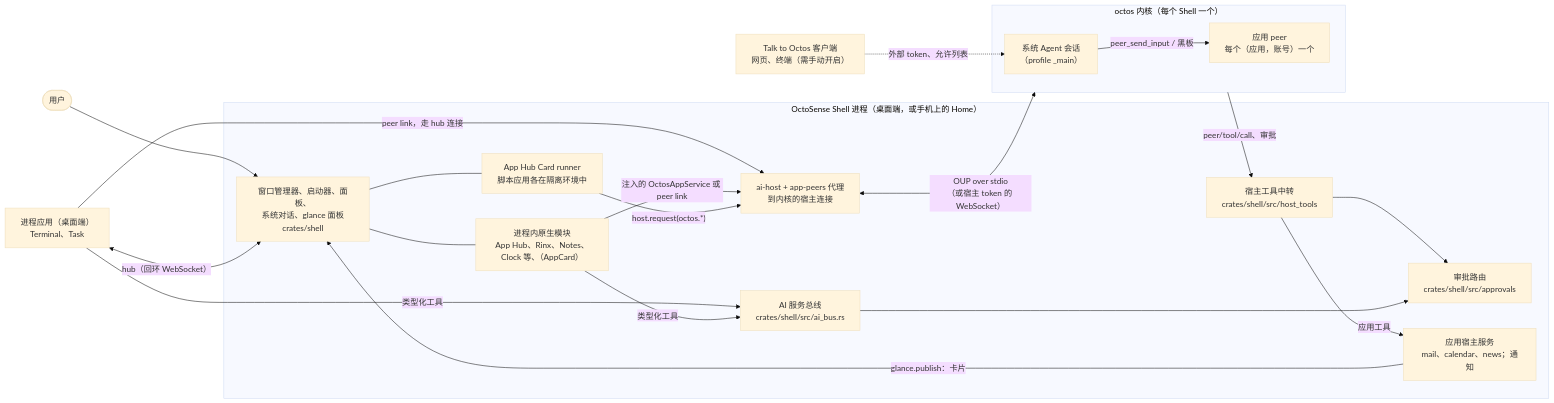
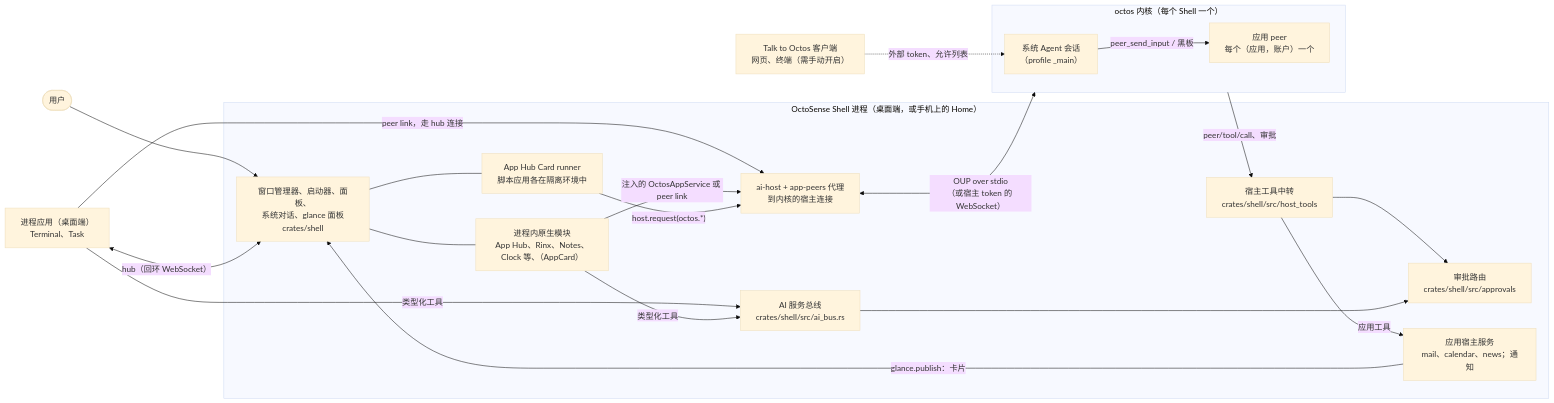
Before and after one commit to OctoSense-org/OctoSense: the first of 5 diagrams in docs/architecture.zh-CN.md, drawn with Mermaid (base theme). The commit also changed other lines of this file and 7 other files, not shown here.

````diff
--- a/docs/architecture.zh-CN.md
+++ b/docs/architecture.zh-CN.md
@@ -40,37 +40,37 @@
 ```mermaid
 flowchart LR
   person(["用户"])
   subgraph shellp["OctoSense Shell 进程（桌面端，或手机上的 Home）"]
     wm["窗口管理器、启动器、面板、<br/>系统对话、glance 面板<br/>crates/shell"]
     mods["进程内原生模块<br/>App Hub、Rinx、Notes、Clock 等、（AppCard）"]
     runner["App Hub Card runner<br/>脚本应用各在隔离环境中"]
     router["审批路由<br/>crates/shell/src/approvals"]
     aihost["ai-host + app-peers 代理<br/>到内核的宿主连接"]
     relay["宿主工具中转<br/>crates/shell/src/host_tools"]
     svc["应用宿主服务<br/>mail、calendar、news；通知"]
     bus["AI 服务总线<br/>crates/shell/src/ai_bus.rs"]
   end
   term["进程应用（桌面端）<br/>Terminal、Task"]
   subgraph kern["octos 内核（每个 Shell 一个）"]
     sys["系统 Agent 会话<br/>（profile _main）"]
-    peers["应用 peer<br/>每个（应用，账号）一个"]
+    peers["应用 peer<br/>每个（应用，账户）一个"]
   end
   ext["Talk to Octos 客户端<br/>网页、终端（需手动开启）"]
   person --> wm
   wm --- mods
   wm --- runner
   term <-->|"hub（回环 WebSocket）"| wm
   term -- "peer link，走 hub 连接" --> aihost
   mods -- "注入的 OctosAppService 或 peer link" --> aihost
   runner -- "host.request(octos.*)" --> aihost
   aihost <-->|"OUP over stdio<br/>（或宿主 token 的 WebSocket）"| kern
   sys -- "peer_send_input / 黑板" --> peers
   ext -. "外部 token、允许列表" .-> sys
   kern -- "peer/tool/call、审批" --> relay
   relay --> router
   relay -- "应用工具" --> svc
   svc -- "glance.publish：卡片" --> wm
   term -- "类型化工具" --> bus
   mods -- "类型化工具" --> bus
   bus --> router
 ```
````
